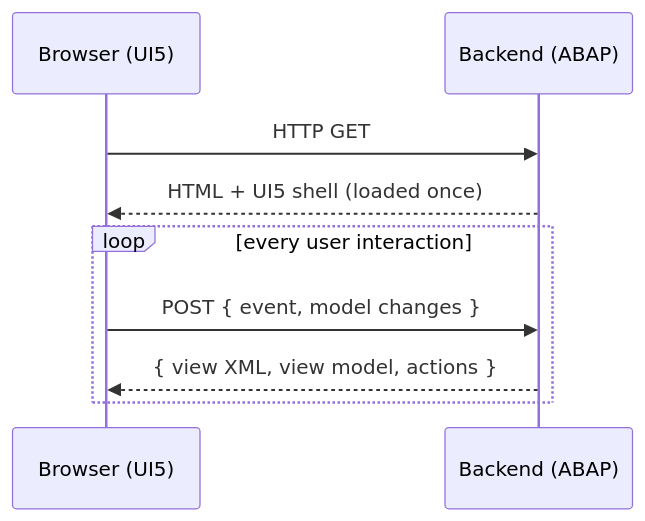
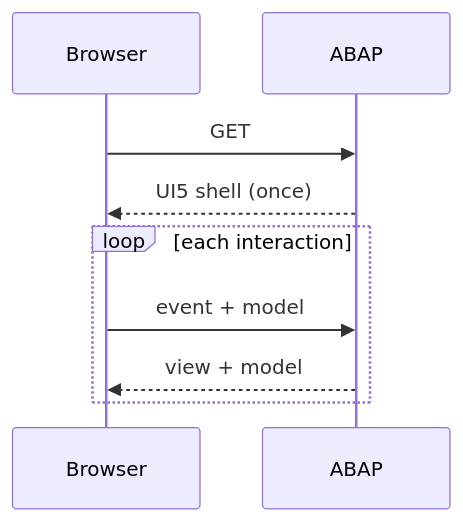
Before and after one commit to abap2UI5/abap2UI5: the diagram in README.md, drawn with Mermaid. The commit also changed other lines of this file, not shown here.

````diff
--- a/README.md
+++ b/README.md
@@ -58,12 +58,12 @@
 ```mermaid
 %%{init: {"sequence": {"useMaxWidth": false}}}%%
 sequenceDiagram
-    participant Browser as Browser (UI5)
-    participant ABAP as Backend (ABAP)
-    Browser->>ABAP: HTTP GET
-    ABAP-->>Browser: HTML + UI5 shell (loaded once)
-    loop every user interaction
-        Browser->>ABAP: POST { event, model changes }
-        ABAP-->>Browser: { view XML, view model, actions }
+    participant Browser
+    participant ABAP
+    Browser->>ABAP: GET
+    ABAP-->>Browser: UI5 shell (once)
+    loop each interaction
+        Browser->>ABAP: event + model
+        ABAP-->>Browser: view + model
     end
 ```
````
